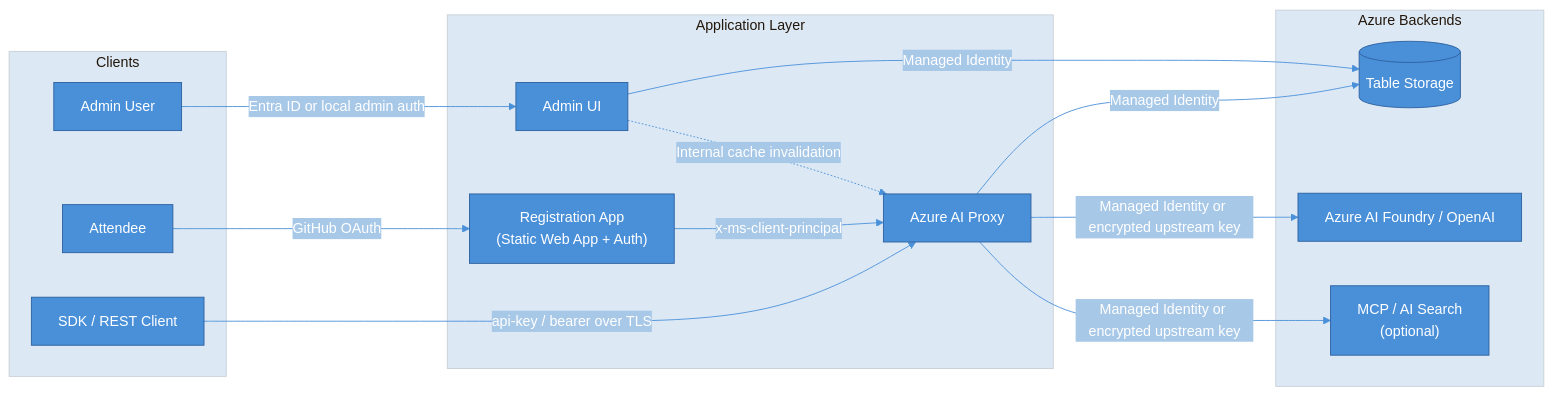
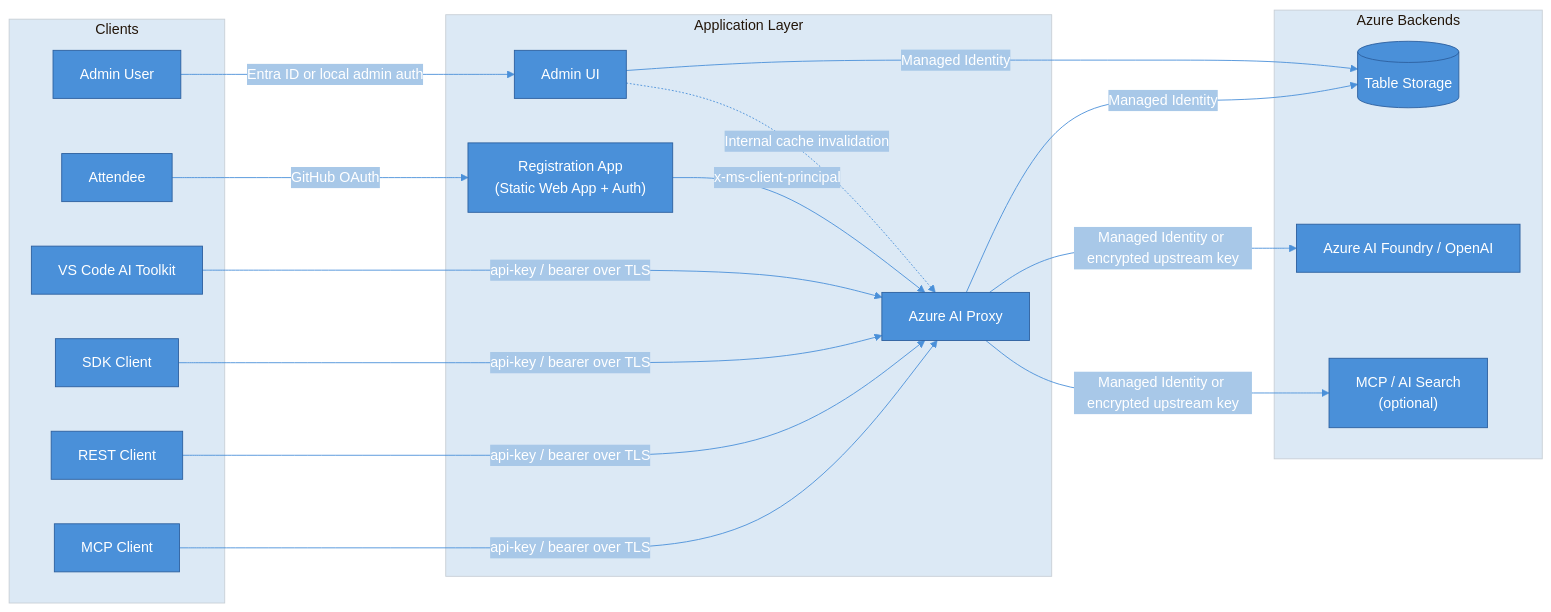
Before and after one commit to gloveboxes/azure-ai-proxy-lite: the second of 2 diagrams in README.md, drawn with Mermaid. The commit also changed other lines of this file and 12 other files, not shown here.

````diff
--- a/README.md
+++ b/README.md
@@ -76,33 +80,39 @@
 ```mermaid
 %%{init: {'theme': 'base', 'themeVariables': {'primaryColor': '#4a90d9', 'primaryTextColor': '#ffffff', 'primaryBorderColor': '#2c5f9e', 'lineColor': '#4a90d9', 'secondaryColor': '#a8c8e8', 'tertiaryColor': '#dce9f5'}}}%%
 graph LR
     subgraph Clients["Clients"]
         admin_user["Admin User"]
         attendee["Attendee"]
-        sdk["SDK / REST Client"]
+        ai_toolkit["VS Code AI Toolkit"]
+        sdk["SDK Client"]
+        rest["REST Client"]
+        mcp["MCP Client"]
     end
 
     subgraph Apps["Application Layer"]
         reg["Registration App<br/>(Static Web App + Auth)"]
         admin["Admin UI"]
         proxy["Azure AI Proxy"]
     end
 
     subgraph Backends["Azure Backends"]
         storage[("Table Storage")]
         ai["Azure AI Foundry / OpenAI"]
         ext["MCP / AI Search<br/>(optional)"]
     end
 
     attendee -->|"GitHub OAuth"| reg
     reg -->|"x-ms-client-principal"| proxy
+    ai_toolkit -->|"api-key / bearer over TLS"| proxy
     sdk -->|"api-key / bearer over TLS"| proxy
+    rest -->|"api-key / bearer over TLS"| proxy
+    mcp -->|"api-key / bearer over TLS"| proxy
     admin_user -->|"Entra ID or local admin auth"| admin
 
     admin -->|"Managed Identity"| storage
     admin -.->|"Internal cache invalidation"| proxy
 
     proxy -->|"Managed Identity"| storage
     proxy -->|"Managed Identity or encrypted upstream key"| ai
     proxy -->|"Managed Identity or encrypted upstream key"| ext
 ```
````
